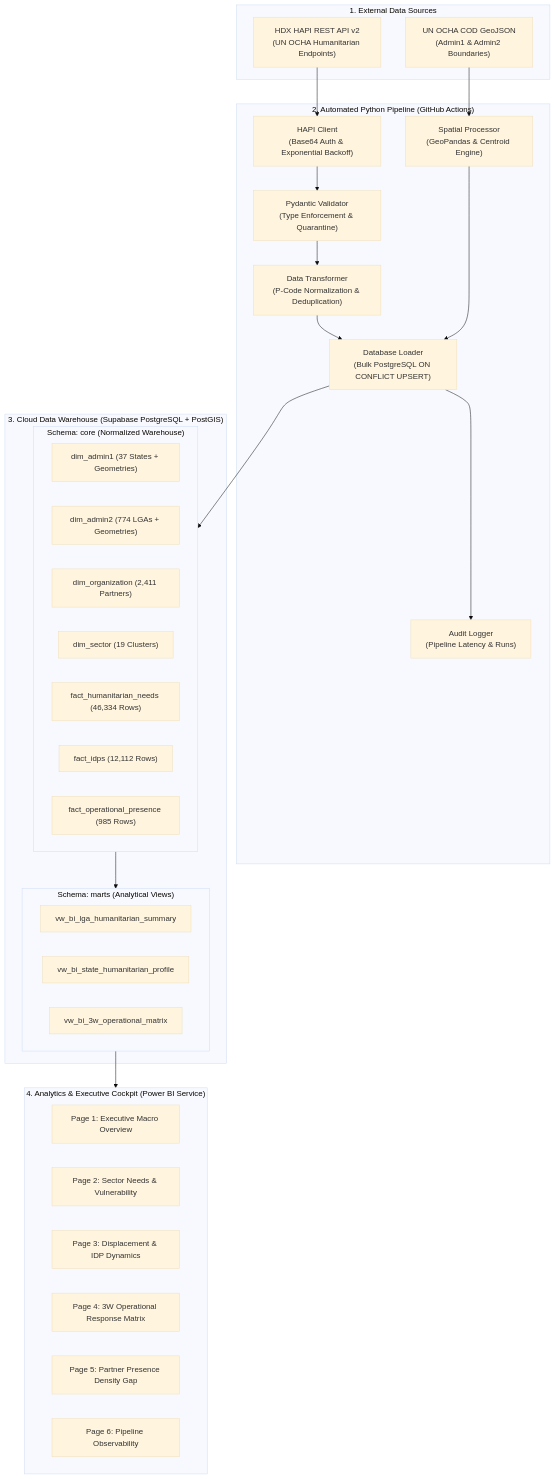
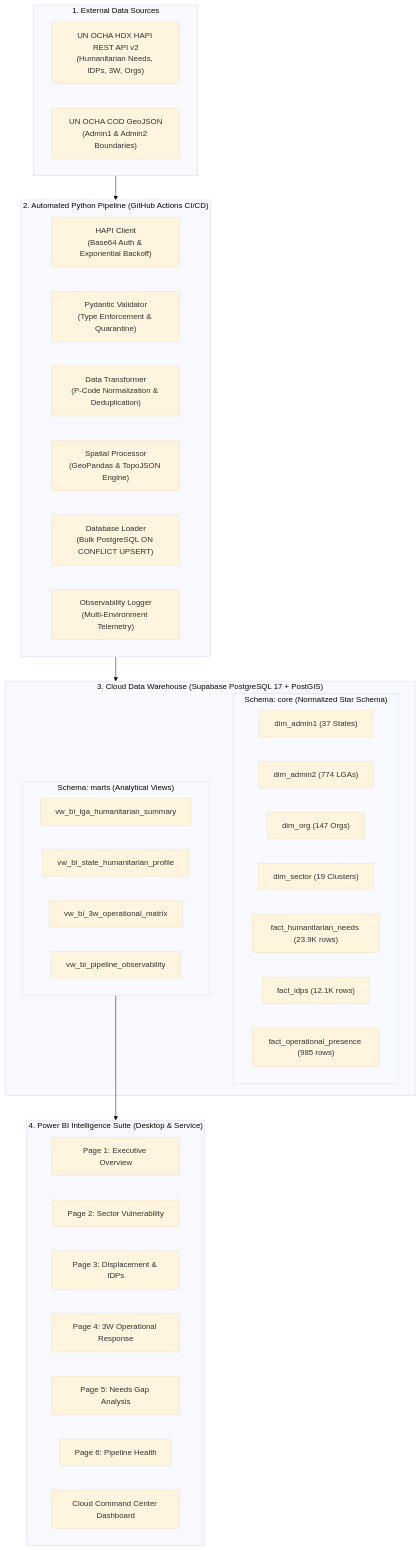
The diagram in README.md (JohnJodinho/nigeria-humanitarian-intelligence-platform), drawn with Mermaid (base theme) before and after one commit. The commit also changed other lines of this file, not shown here.

Commit message:
docs: comprehensive master README with live Power BI report link, embedded iframe, and visual gallery

````diff
--- a/README.md
+++ b/README.md
@@ -32,53 +95,48 @@
 ```mermaid
 flowchart TD
     subgraph EXT["1. External Data Sources"]
-        HAPI["HDX HAPI REST API v2<br/>(UN OCHA Humanitarian Endpoints)"]
+        HAPI["UN OCHA HDX HAPI REST API v2<br/>(Humanitarian Needs, IDPs, 3W, Orgs)"]
         COD["UN OCHA COD GeoJSON<br/>(Admin1 & Admin2 Boundaries)"]
     end
 
-    subgraph ETL["2. Automated Python Pipeline (GitHub Actions)"]
+    subgraph ETL["2. Automated Python Pipeline (GitHub Actions CI/CD)"]
         CLIENT["HAPI Client<br/>(Base64 Auth & Exponential Backoff)"]
         VAL["Pydantic Validator<br/>(Type Enforcement & Quarantine)"]
         TRANS["Data Transformer<br/>(P-Code Normalization & Deduplication)"]
-        SPATIAL["Spatial Processor<br/>(GeoPandas & Centroid Engine)"]
+        SPATIAL["Spatial Processor<br/>(GeoPandas & TopoJSON Engine)"]
         LOADER["Database Loader<br/>(Bulk PostgreSQL ON CONFLICT UPSERT)"]
-        AUDIT["Audit Logger<br/>(Pipeline Latency & Runs)"]
+        AUDIT["Observability Logger<br/>(Multi-Environment Telemetry)"]
     end
 
-    subgraph DB["3. Cloud Data Warehouse (Supabase PostgreSQL + PostGIS)"]
-        subgraph CORE["Schema: core (Normalized Warehouse)"]
-            D_ADM1["dim_admin1 (37 States + Geometries)"]
-            D_ADM2["dim_admin2 (774 LGAs + Geometries)"]
-            D_ORG["dim_organization (2,411 Partners)"]
+    subgraph DB["3. Cloud Data Warehouse (Supabase PostgreSQL 17 + PostGIS)"]
+        subgraph CORE["Schema: core (Normalized Star Schema)"]
+            D_ADM1["dim_admin1 (37 States)"]
+            D_ADM2["dim_admin2 (774 LGAs)"]
+            D_ORG["dim_org (147 Orgs)"]
             D_SEC["dim_sector (19 Clusters)"]
-            F_PIN["fact_humanitarian_needs (46,334 Rows)"]
-            F_IDP["fact_idps (12,112 Rows)"]
-            F_3W["fact_operational_presence (985 Rows)"]
+            F_NEEDS["fact_humanitarian_needs (23.9K rows)"]
+            F_IDP["fact_idps (12.1K rows)"]
+            F_3W["fact_operational_presence (985 rows)"]
         end
         subgraph MARTS["Schema: marts (Analytical Views)"]
             V_LGA["vw_bi_lga_humanitarian_summary"]
             V_STATE["vw_bi_state_humanitarian_profile"]
             V_3W["vw_bi_3w_operational_matrix"]
+            V_PIPE["vw_bi_pipeline_observability"]
         end
     end
 
-    subgraph BI["4. Analytics & Executive Cockpit (Power BI Service)"]
-        P1["Page 1: Executive Macro Overview"]
-        P2["Page 2: Sector Needs & Vulnerability"]
-        P3["Page 3: Displacement & IDP Dynamics"]
-        P4["Page 4: 3W Operational Response Matrix"]
-        P5["Page 5: Partner Presence Density Gap"]
-        P6["Page 6: Pipeline Observability"]
+    subgraph BI["4. Power BI Intelligence Suite (Desktop & Service)"]
+        P1["Page 1: Executive Overview"]
+        P2["Page 2: Sector Vulnerability"]
+        P3["Page 3: Displacement & IDPs"]
+        P4["Page 4: 3W Operational Response"]
+        P5["Page 5: Needs Gap Analysis"]
+        P6["Page 6: Pipeline Health"]
+        DASH["Cloud Command Center Dashboard"]
     end
 
-    HAPI --> CLIENT
-    COD --> SPATIAL
-    CLIENT --> VAL
-    VAL --> TRANS
-    TRANS --> LOADER
-    SPATIAL --> LOADER
-    LOADER --> CORE
-    LOADER --> AUDIT
-    CORE --> MARTS
+    EXT --> ETL
+    ETL --> DB
     MARTS --> BI
 ```
````
